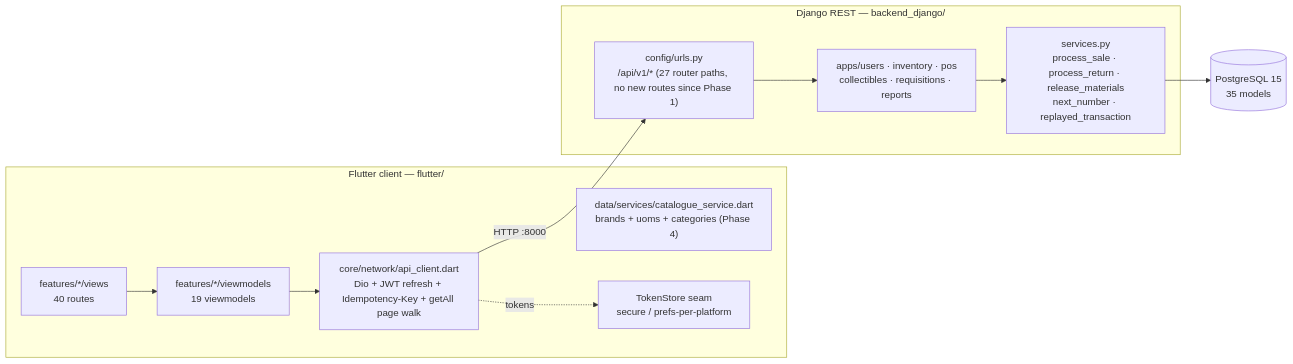
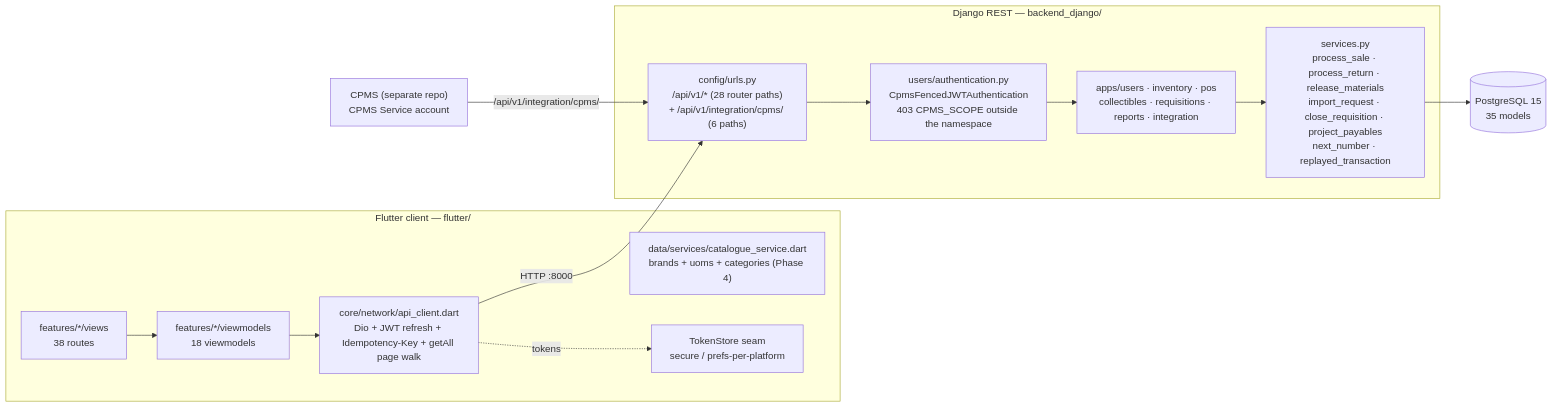
One commit to ziminni/qb_hardwarestore changed the first of 2 diagrams in docs/SYSTEM_ATLAS.md. Above: the diagram before and after it, drawn with Mermaid. The commit also changed other lines of this file and 9 other files, not shown here.

Commit message:
fix: Phase 1 QA — seeded CPMS-R-1001 fully releasable (not on the drained low-stock variant); unknown addresses go to the user's dashboard instead of GoRouter's debug page; atlas refreshed; POS evolution Phase 1 done

````diff
--- a/docs/SYSTEM_ATLAS.md
+++ b/docs/SYSTEM_ATLAS.md
@@ -13,21 +13,24 @@
 ```mermaid
 flowchart LR
   subgraph Client["Flutter client — flutter/"]
-    UI["features/*/views<br/>40 routes"]
-    VM["features/*/viewmodels<br/>19 viewmodels"]
+    UI["features/*/views<br/>38 routes"]
+    VM["features/*/viewmodels<br/>18 viewmodels"]
     NET["core/network/api_client.dart<br/>Dio + JWT refresh + Idempotency-Key + getAll page walk"]
     CAT["data/services/catalogue_service.dart<br/>brands + uoms + categories (Phase 4)"]
     SEC["TokenStore seam<br/>secure / prefs-per-platform"]
     UI --> VM --> NET
     NET -. tokens .-> SEC
   end
   subgraph Server["Django REST — backend_django/"]
-    URLS["config/urls.py<br/>/api/v1/* (27 router paths, no new routes since Phase 1)"]
-    APPS["apps/users · inventory · pos<br/>collectibles · requisitions · reports"]
-    SVC["services.py<br/>process_sale · process_return · release_materials<br/>next_number · replayed_transaction"]
-    URLS --> APPS --> SVC
+    URLS["config/urls.py<br/>/api/v1/* (28 router paths)<br/>+ /api/v1/integration/cpms/ (6 paths)"]
+    AUTH["users/authentication.py<br/>CpmsFencedJWTAuthentication<br/>403 CPMS_SCOPE outside the namespace"]
+    APPS["apps/users · inventory · pos<br/>collectibles · requisitions · reports · integration"]
+    SVC["services.py<br/>process_sale · process_return · release_materials<br/>import_request · close_requisition · project_payables<br/>next_number · replayed_transaction"]
+    URLS --> AUTH --> APPS --> SVC
   end
+  CPMS["CPMS (separate repo)<br/>CPMS Service account"]
   DB[("PostgreSQL 15<br/>35 models")]
   NET -- "HTTP :8000" --> URLS
+  CPMS -- "/api/v1/integration/cpms/" --> URLS
   SVC --> DB
 ```
````
